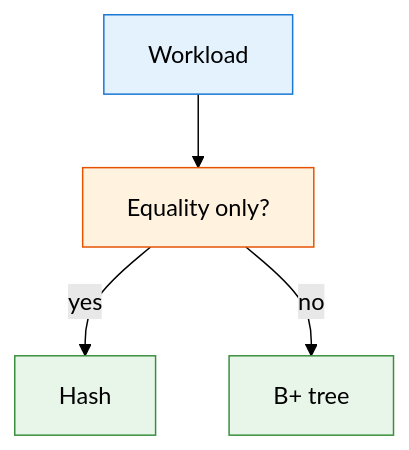
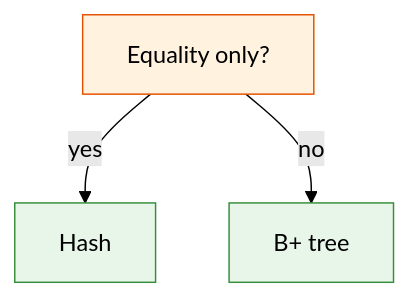
One commit to ufdatastudio/cop5725fa26 changed the fourth of 10 diagrams in lecture-outlines/day27-hash-indexes/slides.md. Above: the diagram before and after it, drawn with Mermaid (forest theme). The commit also changed other lines of this file and 50 other files, not shown here.

````diff
--- a/lecture-outlines/day27-hash-indexes/slides.md
+++ b/lecture-outlines/day27-hash-indexes/slides.md
@@ -134,14 +128,10 @@
 ```mermaid
 graph TB
-  Q["Workload"]
   E["Equality only?"]
-  Q --> E
   E -->|yes| H["Hash"]
   E -->|no| B["B+ tree"]
-  classDef q fill:#e3f2fd,stroke:#1976d2
   classDef d fill:#fff3e0,stroke:#e65100
   classDef opt fill:#e8f5e9,stroke:#388e3c
-  class Q q
   class E d
   class H,B opt
 ```
````
